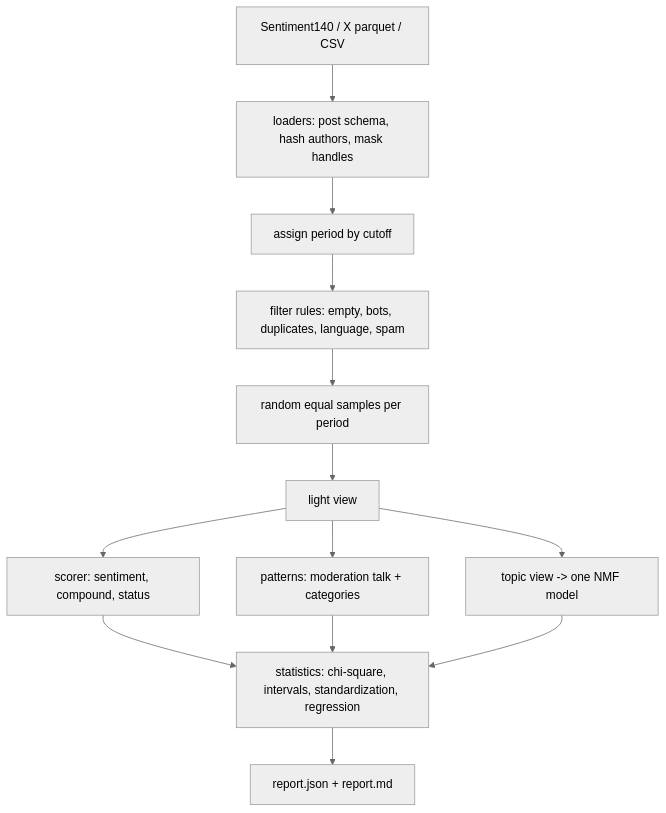
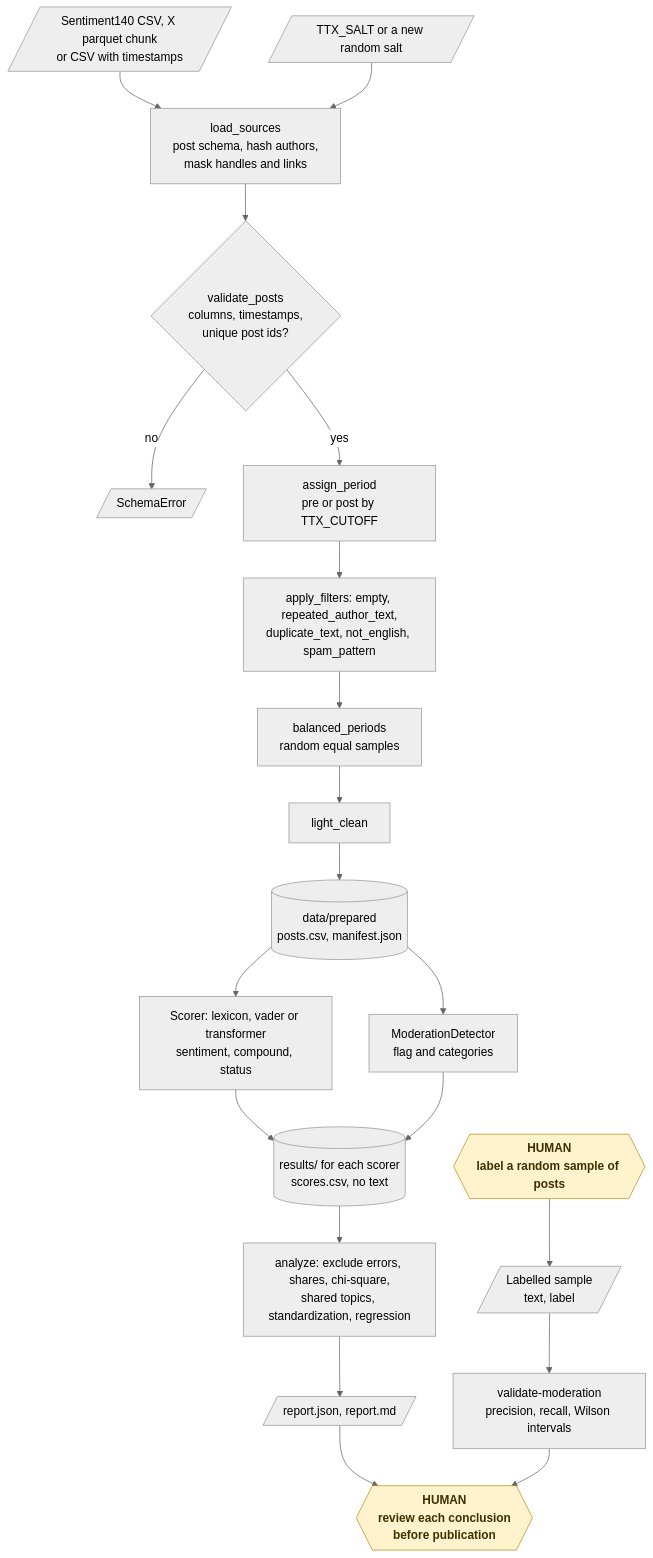
Before and after one commit to KrishnaAnnavaram/twitter-to-x: the fifth of 17 diagrams in README.md, drawn with Mermaid (neutral theme). The commit also changed other lines of this file, not shown here.

Commit message:
Add the workflow diagrams to the README

````diff
--- a/README.md
+++ b/README.md
@@ -207,15 +264,25 @@
 ```mermaid
-flowchart TB
-    S1["Sentiment140 / X parquet / CSV"] --> L["loaders: post schema, hash authors, mask handles"]
-    L --> P["assign period by cutoff"]
-    P --> F["filter rules: empty, bots, duplicates, language, spam"]
-    F --> SMP["random equal samples per period"]
-    SMP --> LV["light view"]
-    LV --> SENT["scorer: sentiment, compound, status"]
-    LV --> MOD["patterns: moderation talk + categories"]
-    LV --> TOP["topic view -> one NMF model"]
-    SENT --> ST["statistics: chi-square, intervals, standardization, regression"]
-    MOD --> ST
-    TOP --> ST
-    ST --> REP["report.json + report.md"]
+flowchart TD
+    S1[/"Sentiment140 CSV, X parquet chunk<br/>or CSV with timestamps"/] --> L["load_sources<br/>post schema, hash authors,<br/>mask handles and links"]
+    SALT[/"TTX_SALT or a new random salt"/] --> L
+    L --> V{"validate_posts<br/>columns, timestamps,<br/>unique post ids?"}
+    V -- "no" --> ERR[/"SchemaError"/]
+    V -- "yes" --> P["assign_period<br/>pre or post by TTX_CUTOFF"]
+    P --> F["apply_filters: empty, repeated_author_text,<br/>duplicate_text, not_english, spam_pattern"]
+    F --> SMP["balanced_periods<br/>random equal samples"]
+    SMP --> LV["light_clean"]
+    LV --> PREP[("data/prepared<br/>posts.csv, manifest.json")]
+    PREP --> SENT["Scorer: lexicon, vader or transformer<br/>sentiment, compound, status"]
+    PREP --> MOD["ModerationDetector<br/>flag and categories"]
+    SENT --> SCORES[("results/ for each scorer<br/>scores.csv, no text")]
+    MOD --> SCORES
+    SCORES --> AN["analyze: exclude errors, shares, chi-square,<br/>shared topics, standardization, regression"]
+    AN --> REP[/"report.json, report.md"/]
+    LAB{{"HUMAN<br/>label a random sample of posts"}} --> GOLD[/"Labelled sample<br/>text, label"/]
+    GOLD --> VM["validate-moderation<br/>precision, recall, Wilson intervals"]
+    REP --> REV{{"HUMAN<br/>review each conclusion<br/>before publication"}}
+    VM --> REV
+
+    classDef human fill:#fff3cd,stroke:#b8901f,color:#3d2f00,font-weight:bold
+    class LAB,REV human
 ```
````
